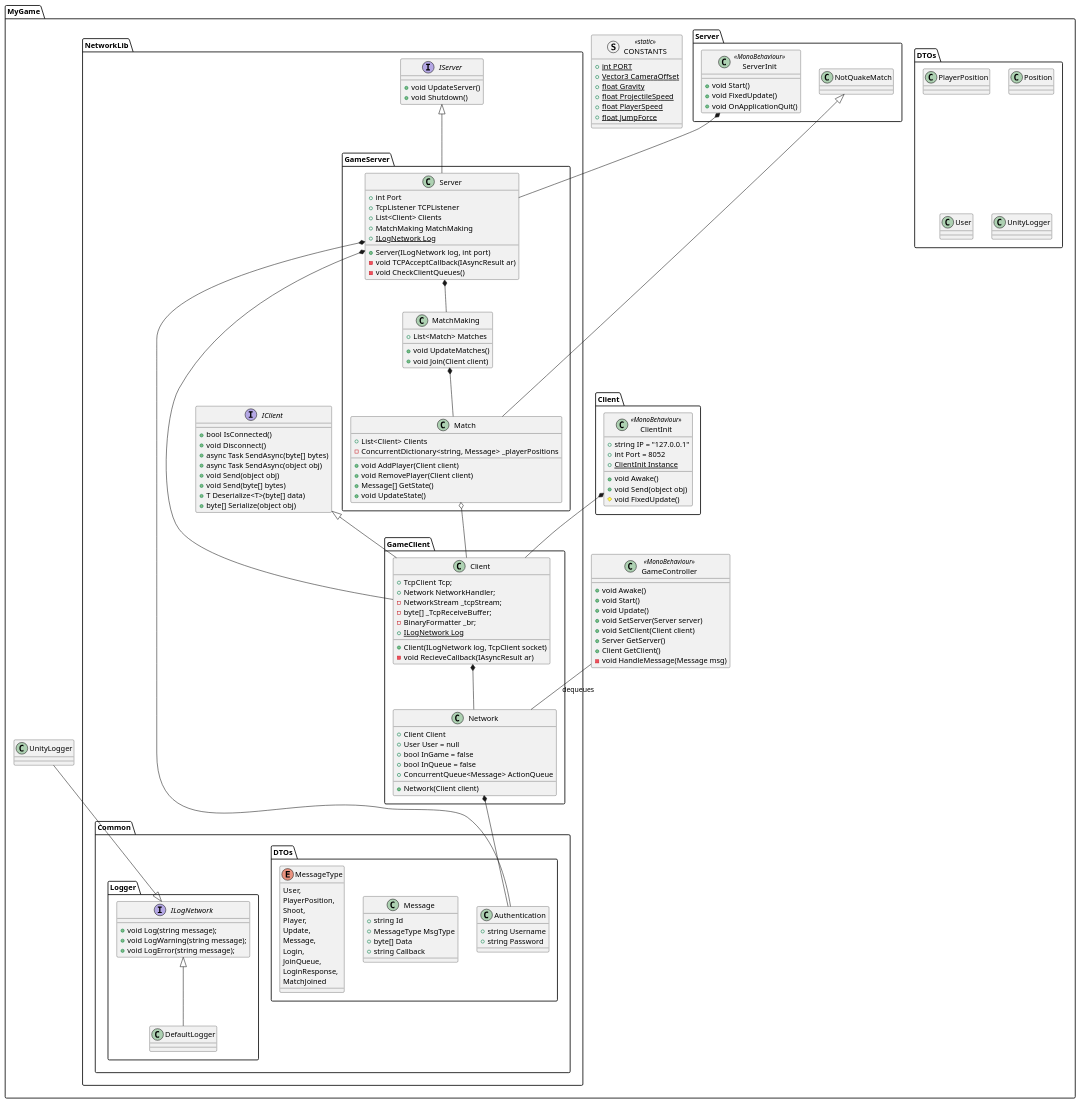
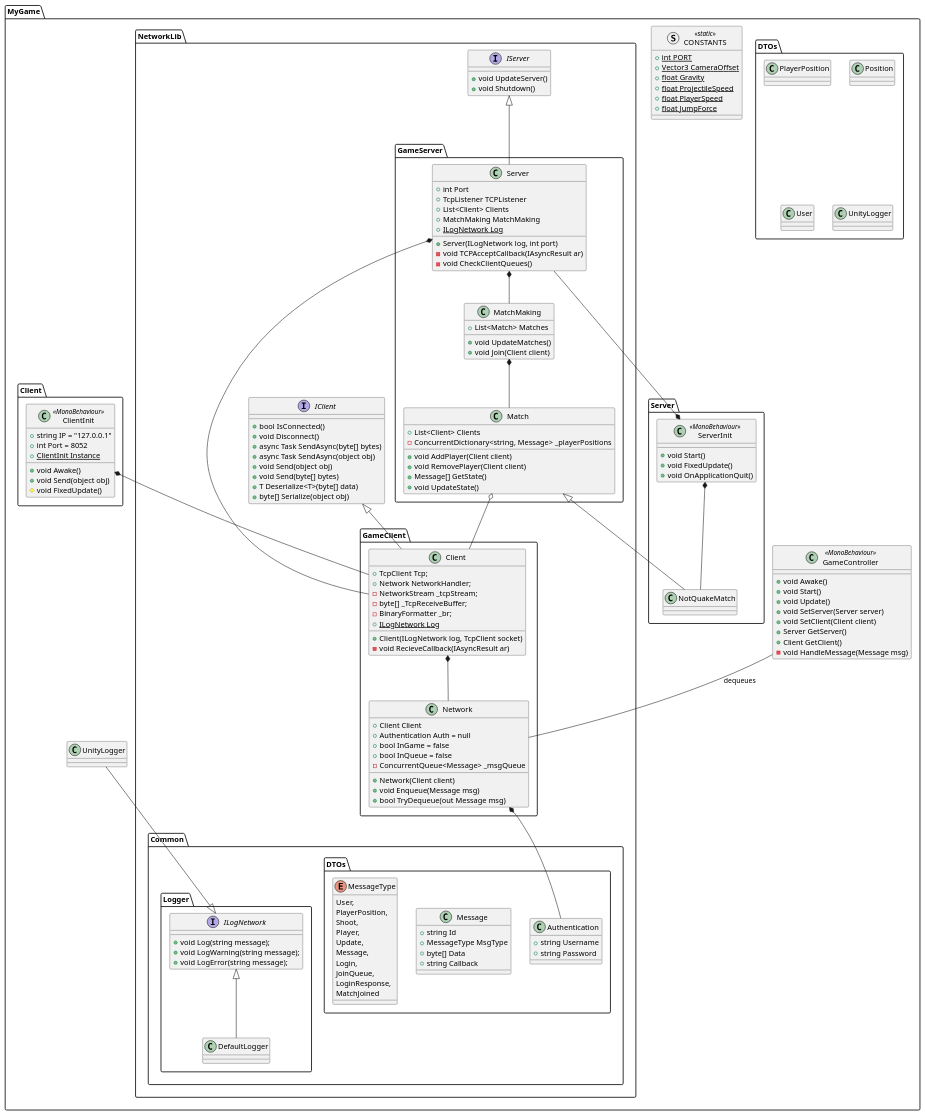
Before and after one commit to mjesper90/Network: the diagram in Assets/Docs/Network.puml, drawn with PlantUML. The commit also changed 55 other files, not shown here.

```diff
--- a/Assets/Docs/Network.puml
+++ b/Assets/Docs/Network.puml
@@ -1,178 +1,180 @@
 @startuml
 
 set separator ::
 namespace MyGame{
     namespace DTOs{
         class PlayerPosition{}
         class Position{}
         class User{}
         class UnityLogger{}
     }
     class GameController <<MonoBehaviour>>{
         + void Awake()
         + void Start()
         + void Update()
         + void SetServer(Server server)
         + void SetClient(Client client)
         + Server GetServer()
         + Client GetClient()
         - void HandleMessage(Message msg)
     }
 
     namespace NetworkLib{
         namespace Common{
             namespace DTOs{
                 class Authentication{
                     + string Username
                     + string Password
                 }
                 class Message{
                     + string Id
                     + MessageType MsgType
                     + byte[] Data
                     + string Callback
                 }
                 enum MessageType{
                     User,
                     PlayerPosition,
                     Shoot,
                     Player,
                     Update,
                     Message,
                     Login,
                     JoinQueue,
                     LoginResponse,
                     MatchJoined
                 }
             }
             namespace Logger{
                 interface ILogNetwork{
                     + void Log(string message);
                     + void LogWarning(string message);
                     + void LogError(string message);
                 }
                 class DefaultLogger{
 
                 }
                 DefaultLogger -up-|> ILogNetwork
             }
         }
         interface IClient{
             + bool IsConnected()
             + void Disconnect()
             + async Task SendAsync(byte[] bytes)
             + async Task SendAsync(object obj)
             + void Send(object obj)
             + void Send(byte[] bytes)
             + T Deserialize<T>(byte[] data)
             + byte[] Serialize(object obj)
         }
         interface IServer{
             + void UpdateServer()
             + void Shutdown()
         }
 
         namespace GameClient{
             class Client {
                 + TcpClient Tcp;
                 + Network NetworkHandler;
                 - NetworkStream _tcpStream;
                 - byte[] _TcpReceiveBuffer;
                 - BinaryFormatter _br;
                 + {static} ILogNetwork Log
                 + Client(ILogNetwork log, TcpClient socket)
                 - void RecieveCallback(IAsyncResult ar)
             }
             class Network {
                 + Client Client
-                + User User = null
+                + Authentication Auth = null
                 + bool InGame = false
                 + bool InQueue = false
-                + ConcurrentQueue<Message> ActionQueue
+                - ConcurrentQueue<Message> _msgQueue
                 + Network(Client client)
+                + void Enqueue(Message msg)
+                + bool TryDequeue(out Message msg)
             }
         }
         namespace GameServer{
             class Server{
                 + int Port
                 + TcpListener TCPListener
                 + List<Client> Clients
                 + MatchMaking MatchMaking
                 + {static} ILogNetwork Log
                 + Server(ILogNetwork log, int port)
                 - void TCPAcceptCallback(IAsyncResult ar)
                 - void CheckClientQueues()
             }
             class Match{
                 + List<Client> Clients
                 - ConcurrentDictionary<string, Message> _playerPositions
                 + void AddPlayer(Client client)
                 + void RemovePlayer(Client client)
                 + Message[] GetState()
                 + void UpdateState()
             }
             class MatchMaking{
                 + List<Match> Matches
                 + void UpdateMatches()
                 + void Join(Client client)
             }
         }
 
     }
 
     struct CONSTANTS <<static>> {
         + {static} int PORT
         + {static} Vector3 CameraOffset
         + {static} float Gravity
         + {static} float ProjectileSpeed
         + {static} float PlayerSpeed
         + {static} float JumpForce
     }
 
     namespace Client{
         class ClientInit <<MonoBehaviour>>{
             + string IP = "127.0.0.1"
             + int Port = 8052
             + {static} ClientInit Instance
             + void Awake()
             + void Send(object obj)
             # void FixedUpdate()
         }
     }
     namespace Server{
         class ServerInit <<MonoBehaviour>>{
             + void Start()
             + void FixedUpdate()
             + void OnApplicationQuit()
         }
         class NotQuakeMatch{
 
         }
     }
     class UnityLogger{}
 
 }
 
 
 MyGame::NetworkLib::GameClient::Client *-- MyGame::NetworkLib::GameClient::Network
 
 MyGame::NetworkLib::GameServer::Server *-- MyGame::NetworkLib::GameServer::MatchMaking
 MyGame::NetworkLib::GameServer::Server *-- MyGame::NetworkLib::GameClient::Client
 MyGame::NetworkLib::GameServer::MatchMaking *-- MyGame::NetworkLib::GameServer::Match
 MyGame::NetworkLib::GameServer::Match o-- MyGame::NetworkLib::GameClient::Client
 MyGame::NetworkLib::IClient <|-- MyGame::NetworkLib::GameClient::Client
 MyGame::NetworkLib::IServer <|-- MyGame::NetworkLib::GameServer::Server
 
-MyGame::NetworkLib::GameServer::Server *-- MyGame::NetworkLib::Common::DTOs::Authentication
 MyGame::NetworkLib::GameClient::Network *-- MyGame::NetworkLib::Common::DTOs::Authentication
 
 MyGame::UnityLogger --|> MyGame::NetworkLib::Common::Logger::ILogNetwork
 
 MyGame::Client::ClientInit *-- MyGame::NetworkLib::GameClient::Client
 MyGame::Server::ServerInit *-- MyGame::NetworkLib::GameServer::Server
-MyGame::Server::NotQuakeMatch <|-- MyGame::NetworkLib::GameServer::Match
+MyGame::Server::NotQuakeMatch -up-|> MyGame::NetworkLib::GameServer::Match
+MyGame::Server::ServerInit *-- MyGame::Server::NotQuakeMatch
 
 MyGame::GameController -- MyGame::NetworkLib::GameClient::Network : "dequeues"
 
 
 @enduml
```
